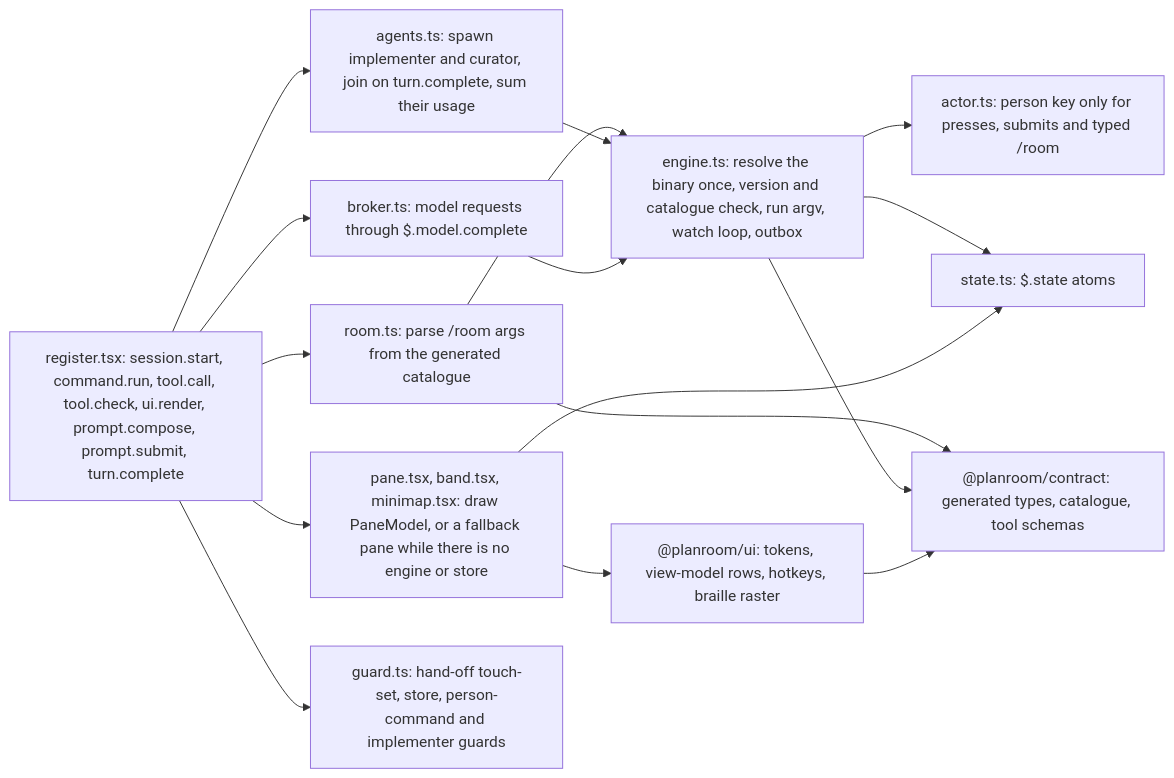
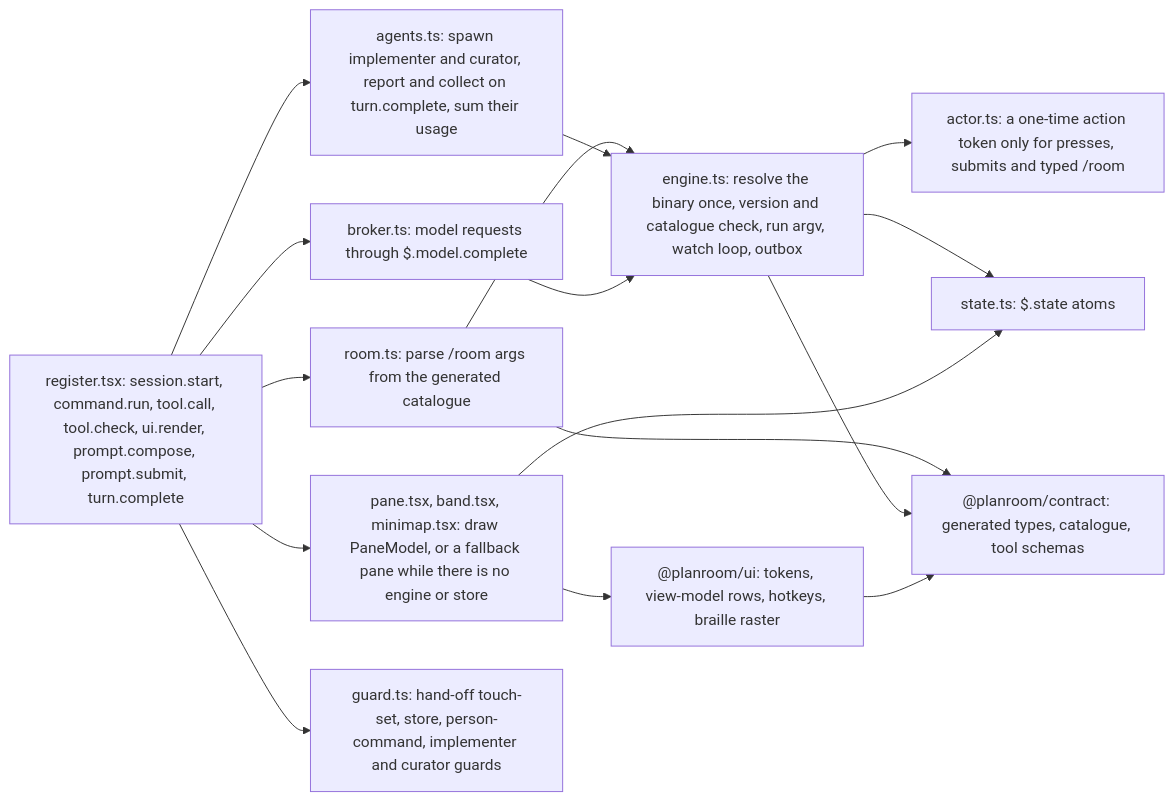
One commit to doodla/planroom changed the fourth of 7 diagrams in docs/contributing/architecture.md. Above: the diagram before and after it, drawn with Mermaid. The commit also changed other lines of this file and 11 other files, not shown here.

First line of the commit message:
Architecture review round 2: apply the fixes, owner follow-ups in DR-72

````diff
--- a/docs/contributing/architecture.md
+++ b/docs/contributing/architecture.md
@@ -206,29 +206,29 @@
 ```mermaid
 flowchart LR
   reg["register.tsx: session.start, command.run, tool.call, tool.check, ui.render, prompt.compose, prompt.submit, turn.complete"]
   eng["engine.ts: resolve the binary once, version and catalogue check, run argv, watch loop, outbox"]
-  actor["actor.ts: person key only for presses, submits and typed /room"]
+  actor["actor.ts: a one-time action token only for presses, submits and typed /room"]
   broker["broker.ts: model requests through $.model.complete"]
   room["room.ts: parse /room args from the generated catalogue"]
   views["pane.tsx, band.tsx, minimap.tsx: draw PaneModel, or a fallback pane while there is no engine or store"]
-  agents["agents.ts: spawn implementer and curator, join on turn.complete, sum their usage"]
-  guard["guard.ts: hand-off touch-set, store, person-command and implementer guards"]
+  agents["agents.ts: spawn implementer and curator, report and collect on turn.complete, sum their usage"]
+  guard["guard.ts: hand-off touch-set, store, person-command, implementer and curator guards"]
   state["state.ts: $.state atoms"]
   ui["@planroom/ui: tokens, view-model rows, hotkeys, braille raster"]
   gen["@planroom/contract: generated types, catalogue, tool schemas"]
   reg --> room
   reg --> views
   reg --> agents
   reg --> guard
   reg --> broker
   room --> eng
   agents --> eng
   broker --> eng
   eng --> actor
   eng --> state
   views --> state
   views --> ui
   room --> gen
   eng --> gen
   ui --> gen
 ```
````
